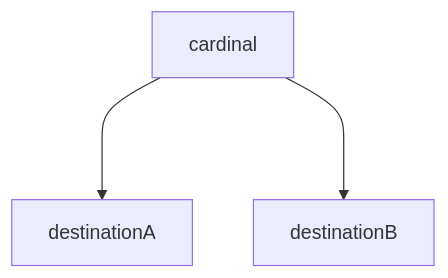
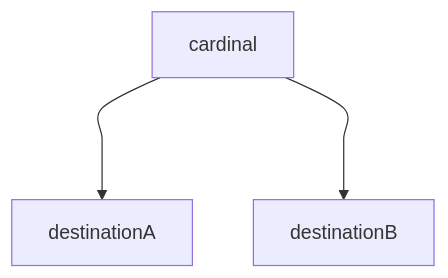
One commit to mcanlas/temporal-diagrams changed the fourth of 12 diagrams in docs/mermaid-curves.md. Above: the diagram before and after it, drawn with Mermaid. The commit also changed other lines of this file and 1 other file, not shown here.

````diff
--- a/docs/mermaid-curves.md
+++ b/docs/mermaid-curves.md
@@ -40,13 +40,13 @@
 ```mermaid
 ---
 config:
-  frontmatter:
+  flowchart:
     curve: cardinal
 ---
 flowchart
   destinationA
   destinationB
   source[cardinal]
   source ---> destinationA
   source ---> destinationB
 ```
````
